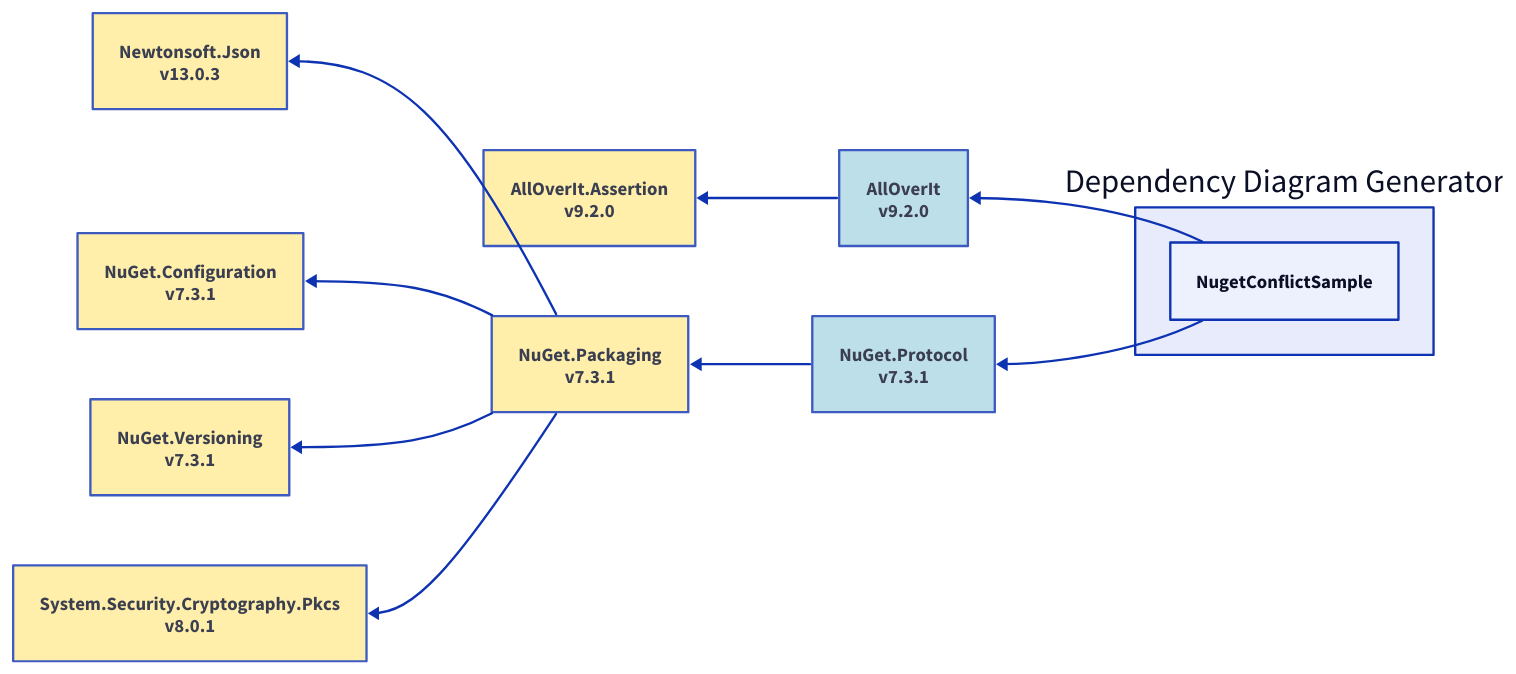
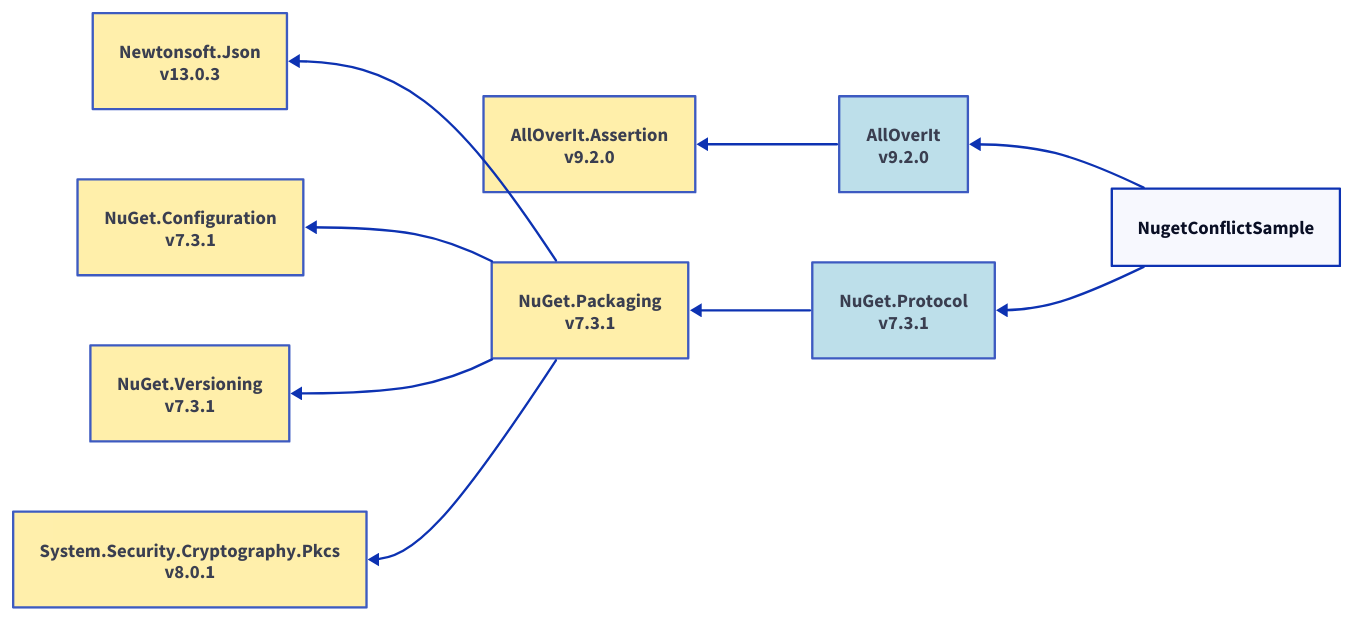
The diagram in Samples/Output/net10.0/d2/nugetconflictsample.d2 (mjfreelancing/SlnDependencyDiagramGenerator), drawn with D2 before and after one commit. The commit also changed 71 other files, not shown here.

Commit message:
Add support in sample app for config file overrides using env variable - allows per diagram config overrides

```diff
--- a/Samples/Output/net10.0/d2/nugetconflictsample.d2
+++ b/Samples/Output/net10.0/d2/nugetconflictsample.d2
@@ -1,38 +1,35 @@
 direction: left
 
-ddg: Dependency Diagram Generator
-ddg.nugetconflictsample: NugetConflictSample
+nugetconflictsample: NugetConflictSample
 alloverit_9-2-0: AllOverIt\nv9.2.0
 alloverit-assertion_9-2-0: AllOverIt.Assertion\nv9.2.0
 nuget-protocol_7-3-1: NuGet.Protocol\nv7.3.1
 nuget-packaging_7-3-1: NuGet.Packaging\nv7.3.1
 newtonsoft-json_13-0-3: Newtonsoft.Json\nv13.0.3
 nuget-configuration_7-3-1: NuGet.Configuration\nv7.3.1
 nuget-versioning_7-3-1: NuGet.Versioning\nv7.3.1
 system-security-cryptography-pkcs_8-0-1: System.Security.Cryptography.Pkcs\nv8.0.1
-alloverit_9-2-0 <- ddg.nugetconflictsample
+alloverit_9-2-0 <- nugetconflictsample
 alloverit-assertion_9-2-0 <- alloverit_9-2-0
-nuget-protocol_7-3-1 <- ddg.nugetconflictsample
+nuget-protocol_7-3-1 <- nugetconflictsample
 nuget-packaging_7-3-1 <- nuget-protocol_7-3-1
 newtonsoft-json_13-0-3 <- nuget-packaging_7-3-1
 nuget-configuration_7-3-1 <- nuget-packaging_7-3-1
 nuget-versioning_7-3-1 <- nuget-packaging_7-3-1
 system-security-cryptography-pkcs_8-0-1 <- nuget-packaging_7-3-1
 alloverit_9-2-0.style.fill: "#ADD8E6"
 alloverit_9-2-0.style.opacity: 0.8
 alloverit-assertion_9-2-0.style.fill: "#FFEC96"
 alloverit-assertion_9-2-0.style.opacity: 0.8
 nuget-protocol_7-3-1.style.fill: "#ADD8E6"
 nuget-protocol_7-3-1.style.opacity: 0.8
 nuget-packaging_7-3-1.style.fill: "#FFEC96"
 nuget-packaging_7-3-1.style.opacity: 0.8
 newtonsoft-json_13-0-3.style.fill: "#FFEC96"
 newtonsoft-json_13-0-3.style.opacity: 0.8
 nuget-configuration_7-3-1.style.fill: "#FFEC96"
 nuget-configuration_7-3-1.style.opacity: 0.8
 nuget-versioning_7-3-1.style.fill: "#FFEC96"
 nuget-versioning_7-3-1.style.opacity: 0.8
 system-security-cryptography-pkcs_8-0-1.style.fill: "#FFEC96"
 system-security-cryptography-pkcs_8-0-1.style.opacity: 0.8
-ddg.style.fill: "#E7EBFC"
-ddg.style.opacity: 1
```
